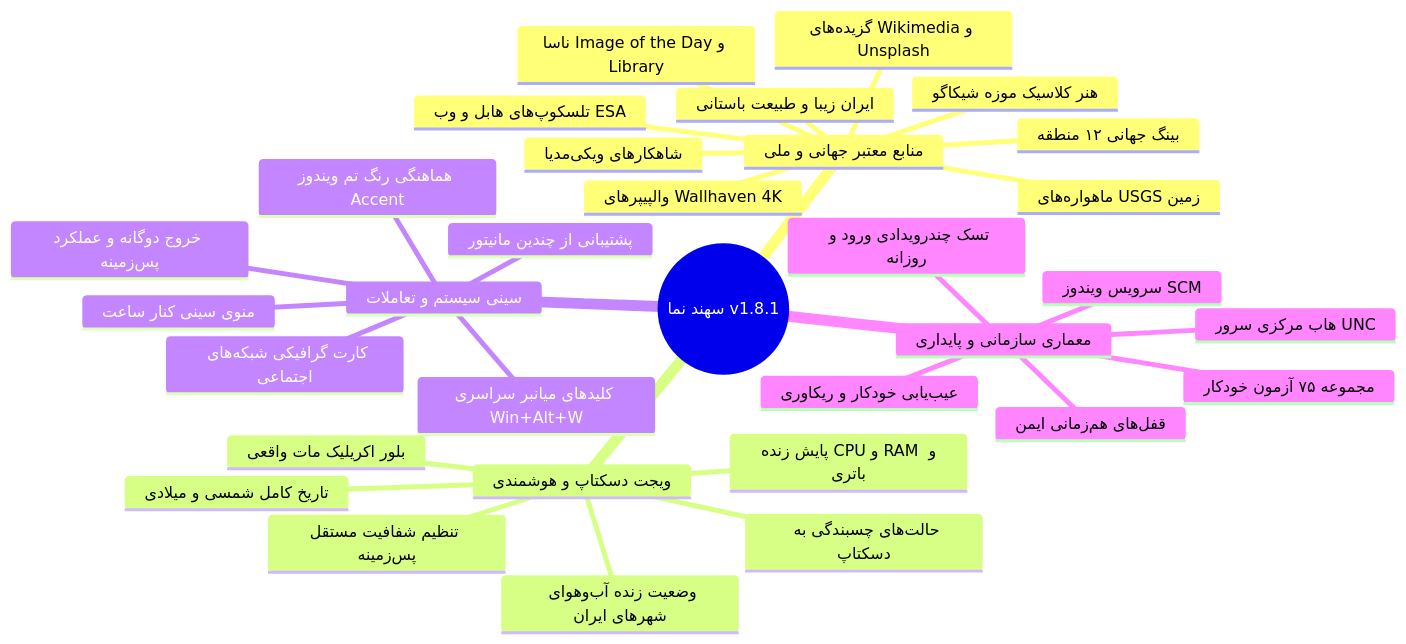
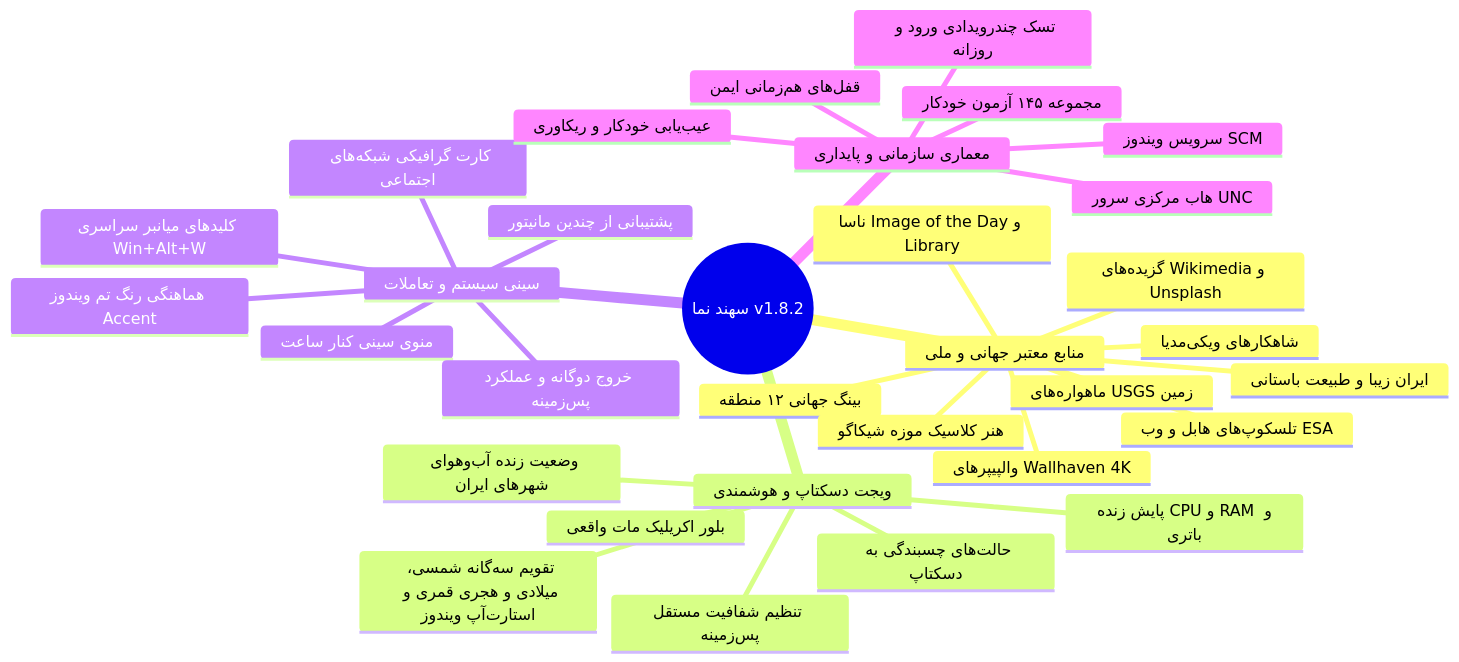
One commit to taimazus/SetWinWallpaper changed the diagram in docs/wiki/Home.md. Above: the diagram before and after it, drawn with Mermaid. The commit also changed other lines of this file and 25 other files, not shown here.

````diff
--- a/docs/wiki/Home.md
+++ b/docs/wiki/Home.md
@@ -26,35 +26,35 @@
 ```mermaid
 mindmap
-  root((سهند نما v1.8.1))
+  root((سهند نما v1.8.2))
     منابع معتبر جهانی و ملی
       بینگ جهانی ۱۲ منطقه
       ایران زیبا و طبیعت باستانی
       والپیپرهای Wallhaven 4K
       هنر کلاسیک موزه شیکاگو
       گزیده‌های Wikimedia و Unsplash
       ناسا Image of the Day و Library
       تلسکوپ‌های هابل و وب ESA
       شاهکارهای ویکی‌مدیا
       ماهواره‌های USGS زمین
     ویجت دسکتاپ و هوشمندی
       بلور اکریلیک مات واقعی
-      تاریخ کامل شمسی و میلادی
+      تقویم سه‌گانه شمسی، میلادی و هجری قمری و استارت‌آپ ویندوز
       وضعیت زنده آب‌وهوای شهرهای ایران
       پایش زنده CPU و RAM و باتری
       تنظیم شفافیت مستقل پس‌زمینه
       حالت‌های چسبندگی به دسکتاپ
     سینی سیستم و تعاملات
       منوی سینی کنار ساعت
       خروج دوگانه و عملکرد پس‌زمینه
       کلیدهای میانبر سراسری Win+Alt+W
       هماهنگی رنگ تم ویندوز Accent
       کارت گرافیکی شبکه‌های اجتماعی
       پشتیبانی از چندین مانیتور
     معماری سازمانی و پایداری
       هاب مرکزی سرور UNC
       سرویس ویندوز SCM
       تسک چندرویدادی ورود و روزانه
       قفل‌های هم‌زمانی ایمن
       عیب‌یابی خودکار و ریکاوری
-      مجموعه ۷۵ آزمون خودکار
+      مجموعه ۱۴۵ آزمون خودکار
 ```
````
